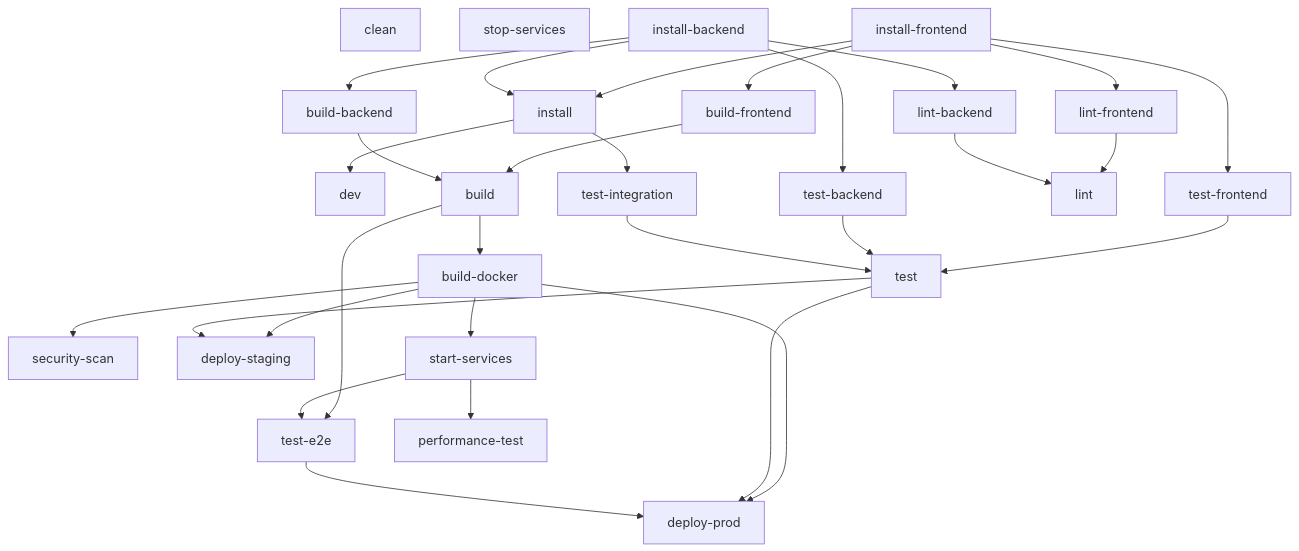
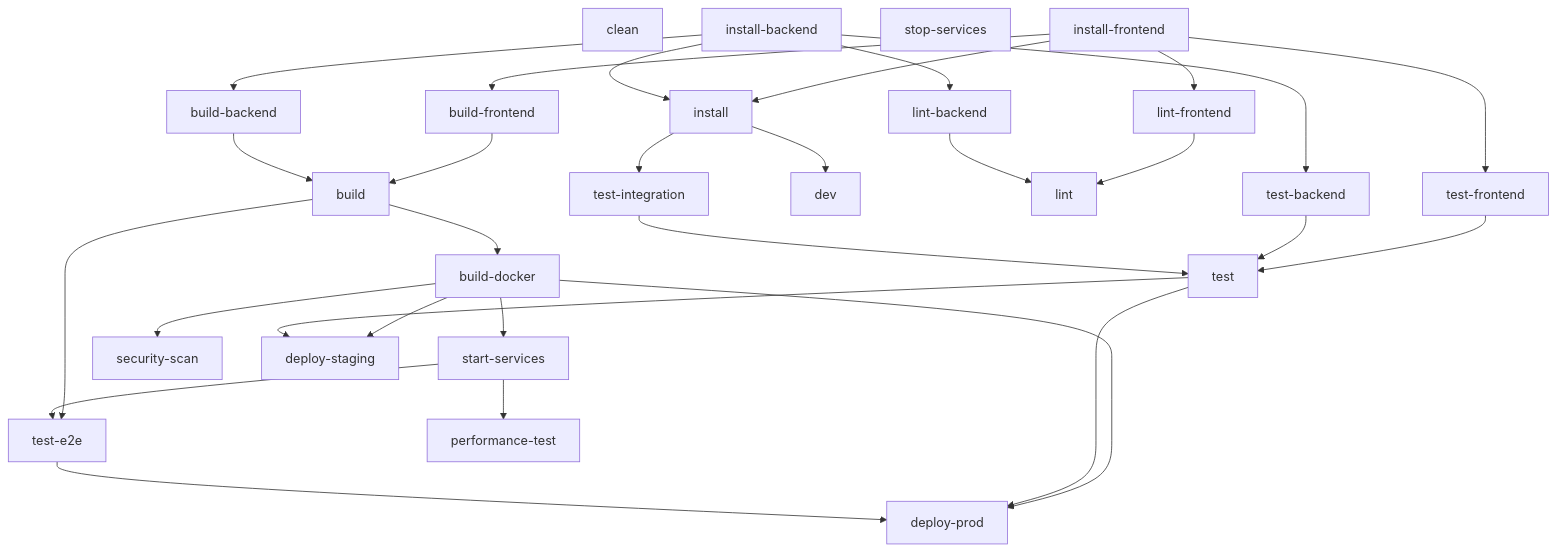
Before and after one commit to nichecode/pipeline-analyzer: the diagram in examples/complex-webapp/.discovery/pipeline-analyzer/gotask/tasks/dependency-graph.md, drawn with Mermaid. The commit also changed other lines of this file and 25 other files, not shown here.

````diff
--- a/examples/complex-webapp/.discovery/pipeline-analyzer/gotask/tasks/dependency-graph.md
+++ b/examples/complex-webapp/.discovery/pipeline-analyzer/gotask/tasks/dependency-graph.md
@@ -13,54 +13,54 @@
 ```mermaid
 graph TD
-    test["test"]
-    test-e2e["test-e2e"]
-    dev["dev"]
-    test-frontend["test-frontend"]
-    test-integration["test-integration"]
-    lint-backend["lint-backend"]
+    clean["clean"]
     build-frontend["build-frontend"]
     build-backend["build-backend"]
-    security-scan["security-scan"]
-    clean["clean"]
-    install["install"]
+    install-frontend["install-frontend"]
+    test-frontend["test-frontend"]
     test-backend["test-backend"]
+    test-e2e["test-e2e"]
     lint-frontend["lint-frontend"]
-    deploy-staging["deploy-staging"]
-    deploy-prod["deploy-prod"]
+    lint-backend["lint-backend"]
+    stop-services["stop-services"]
+    dev["dev"]
     lint["lint"]
     build["build"]
+    start-services["start-services"]
+    deploy-prod["deploy-prod"]
+    security-scan["security-scan"]
+    performance-test["performance-test"]
+    install["install"]
+    install-backend["install-backend"]
+    test["test"]
+    test-integration["test-integration"]
     build-docker["build-docker"]
-    start-services["start-services"]
-    stop-services["stop-services"]
-    performance-test["performance-test"]
-    install-frontend["install-frontend"]
-    install-backend["install-backend"]
-    install-backend --> test-backend
+    deploy-staging["deploy-staging"]
+    build-docker --> security-scan
+    start-services --> performance-test
     install-frontend --> lint-frontend
+    install --> dev
     build-docker --> deploy-prod
     test --> deploy-prod
     test-e2e --> deploy-prod
-    lint-frontend --> lint
-    lint-backend --> lint
-    build-docker --> security-scan
-    install-backend --> build-backend
-    start-services --> performance-test
-    install --> dev
-    install-frontend --> test-frontend
-    install --> test-integration
-    install-backend --> lint-backend
-    install-frontend --> install
-    install-backend --> install
-    build-docker --> start-services
     test-frontend --> test
     test-backend --> test
     test-integration --> test
     build-docker --> deploy-staging
     test --> deploy-staging
+    install-frontend --> build-frontend
+    install-backend --> test-backend
     build-frontend --> build
     build-backend --> build
-    install-frontend --> build-frontend
-    build --> build-docker
+    install-frontend --> install
+    install-backend --> install
+    install --> test-integration
+    install-backend --> build-backend
+    install-frontend --> test-frontend
     build --> test-e2e
     start-services --> test-e2e
+    build --> build-docker
+    install-backend --> lint-backend
+    lint-frontend --> lint
+    lint-backend --> lint
+    build-docker --> start-services
 ```
````
